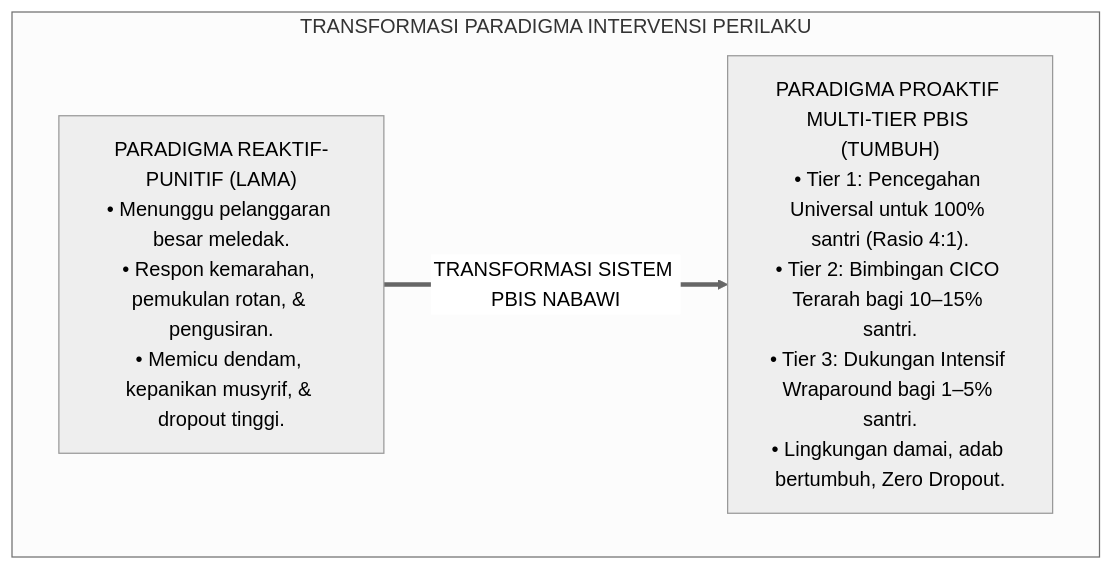
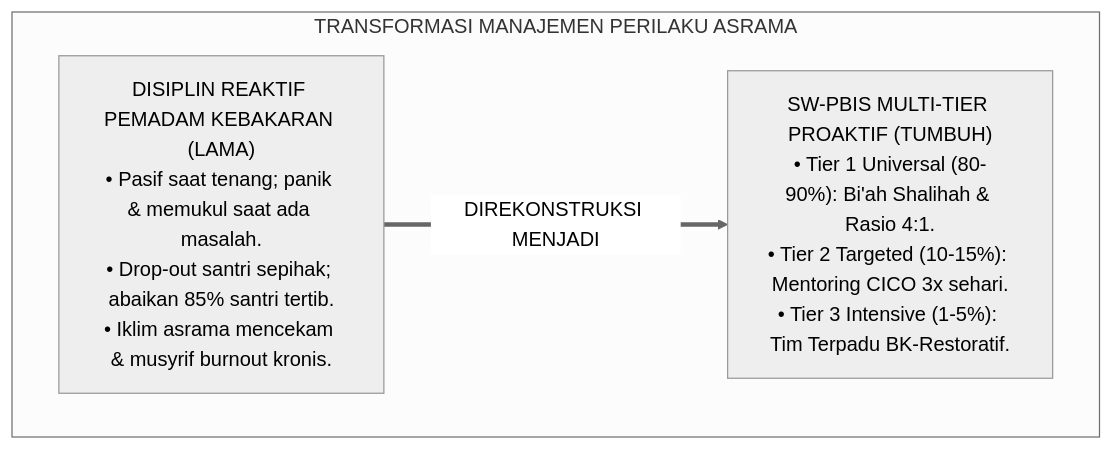
The first of 3 diagrams in 02 Principles/06 Intervention Principles/P2-06-01-Prinsip-Multi-Tier-Intervention-PBIS.md (wandiapriliyandi/tumbuh), drawn with Mermaid (neutral theme) before and after one commit. The commit also changed other lines of this file and 7 other files, not shown here.

````diff
--- a/02 Principles/06 Intervention Principles/P2-06-01-Prinsip-Multi-Tier-Intervention-PBIS.md
+++ b/02 Principles/06 Intervention Principles/P2-06-01-Prinsip-Multi-Tier-Intervention-PBIS.md
@@ -59,10 +56,10 @@
 ```mermaid
 flowchart TD
-    subgraph TransformasiParadigmaDisiplin["TRANSFORMASI PARADIGMA INTERVENSI PERILAKU"]
-        ReaktifPunitif["PARADIGMA REAKTIF-PUNITIF (LAMA)<br/>• Menunggu pelanggaran besar meledak.<br/>• Respon kemarahan, pemukulan rotan, & pengusiran.<br/>• Memicu dendam, kepanikan musyrif, & dropout tinggi."]
+    subgraph TransformasiParadigmaDisiplin["TRANSFORMASI MANAJEMEN PERILAKU ASRAMA"]
+        PolaReaktifLama["DISIPLIN REAKTIF PEMADAM KEBAKARAN (LAMA)<br/>• Pasif saat tenang; panik & memukul saat ada masalah.<br/>• Drop-out santri sepihak; abaikan 85% santri tertib.<br/>• Iklim asrama mencekam & musyrif burnout kronis."]
         
-        PBISTUMBUH["PARADIGMA PROAKTIF MULTI-TIER PBIS (TUMBUH)<br/>• Tier 1: Pencegahan Universal untuk 100% santri (Rasio 4:1).<br/>• Tier 2: Bimbingan CICO Terarah bagi 10–15% santri.<br/>• Tier 3: Dukungan Intensif Wraparound bagi 1–5% santri.<br/>• Lingkungan damai, adab bertumbuh, Zero Dropout."]
+        PolaPBISTUMBUH["SW-PBIS MULTI-TIER PROAKTIF (TUMBUH)<br/>• Tier 1 Universal (80-90%): Bi'ah Shalihah & Rasio 4:1.<br/>• Tier 2 Targeted (10-15%): Mentoring CICO 3x sehari.<br/>• Tier 3 Intensive (1-5%): Tim Terpadu BK-Restoratif."]
         
-        ReaktifPunitif ==>|TRANSFORMASI SISTEM PBIS NABAWI| PBISTUMBUH
+        PolaReaktifLama ==>|DIREKONSTRUKSI MENJADI| PolaPBISTUMBUH
     end
 ```
````
